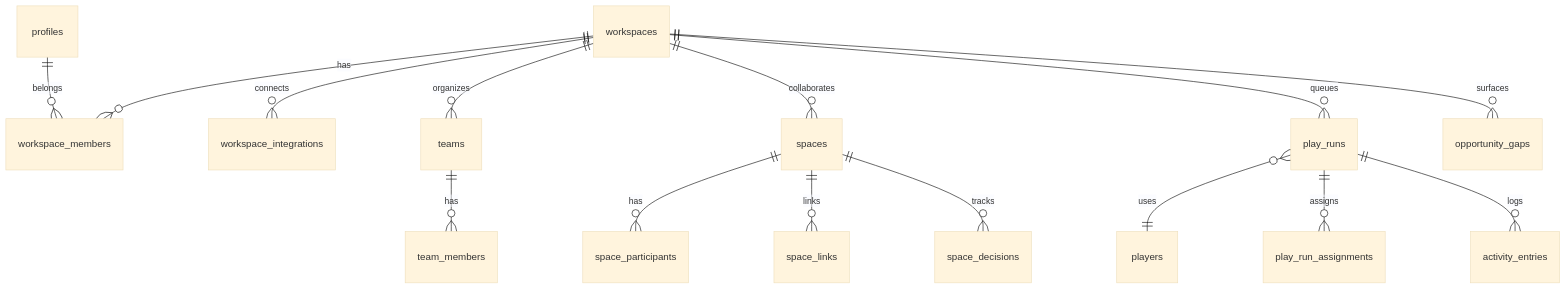
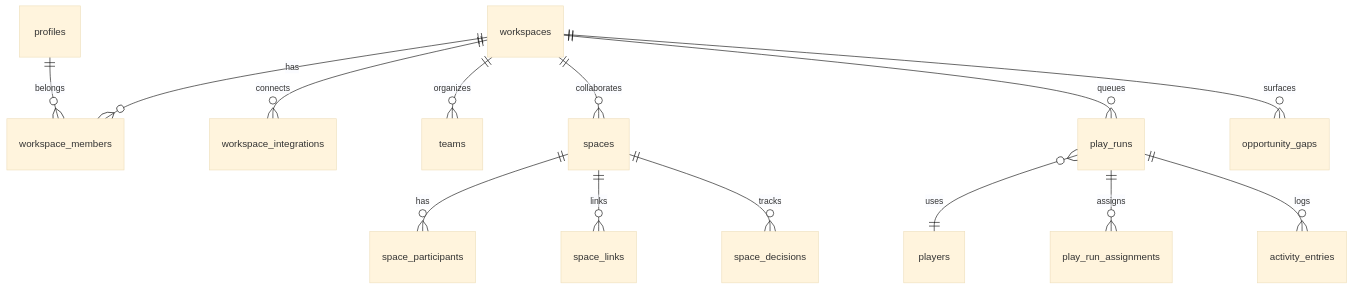
One commit to createdbysalt/salt changed the diagram in docs/architecture/database-schema.md. Above: the diagram before and after it, drawn with Mermaid (base theme). The commit also changed other lines of this file and 616 other files, not shown here.

````diff
--- a/docs/architecture/database-schema.md
+++ b/docs/architecture/database-schema.md
@@ -18,17 +20,16 @@
 ```mermaid
 erDiagram
     profiles ||--o{ workspace_members : "belongs"
     workspaces ||--o{ workspace_members : "has"
     workspaces ||--o{ workspace_integrations : "connects"
     workspaces ||--o{ teams : "organizes"
     workspaces ||--o{ spaces : "collaborates"
-    teams ||--o{ team_members : "has"
     spaces ||--o{ space_participants : "has"
     spaces ||--o{ space_links : "links"
     spaces ||--o{ space_decisions : "tracks"
     workspaces ||--o{ play_runs : "queues"
     workspaces ||--o{ opportunity_gaps : "surfaces"
     play_runs }o--|| players : "uses"
     play_runs ||--o{ play_run_assignments : "assigns"
     play_runs ||--o{ activity_entries : "logs"
 ```
````
